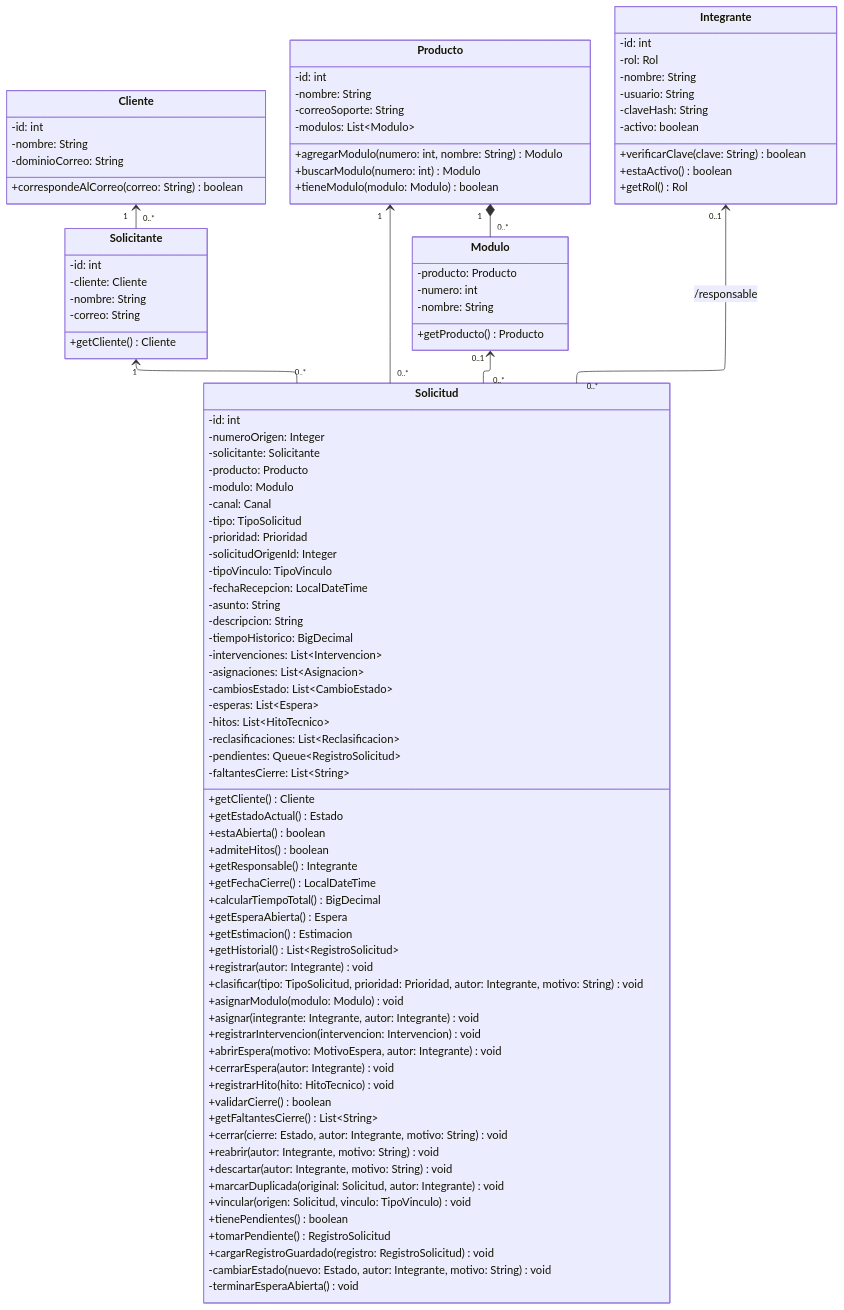
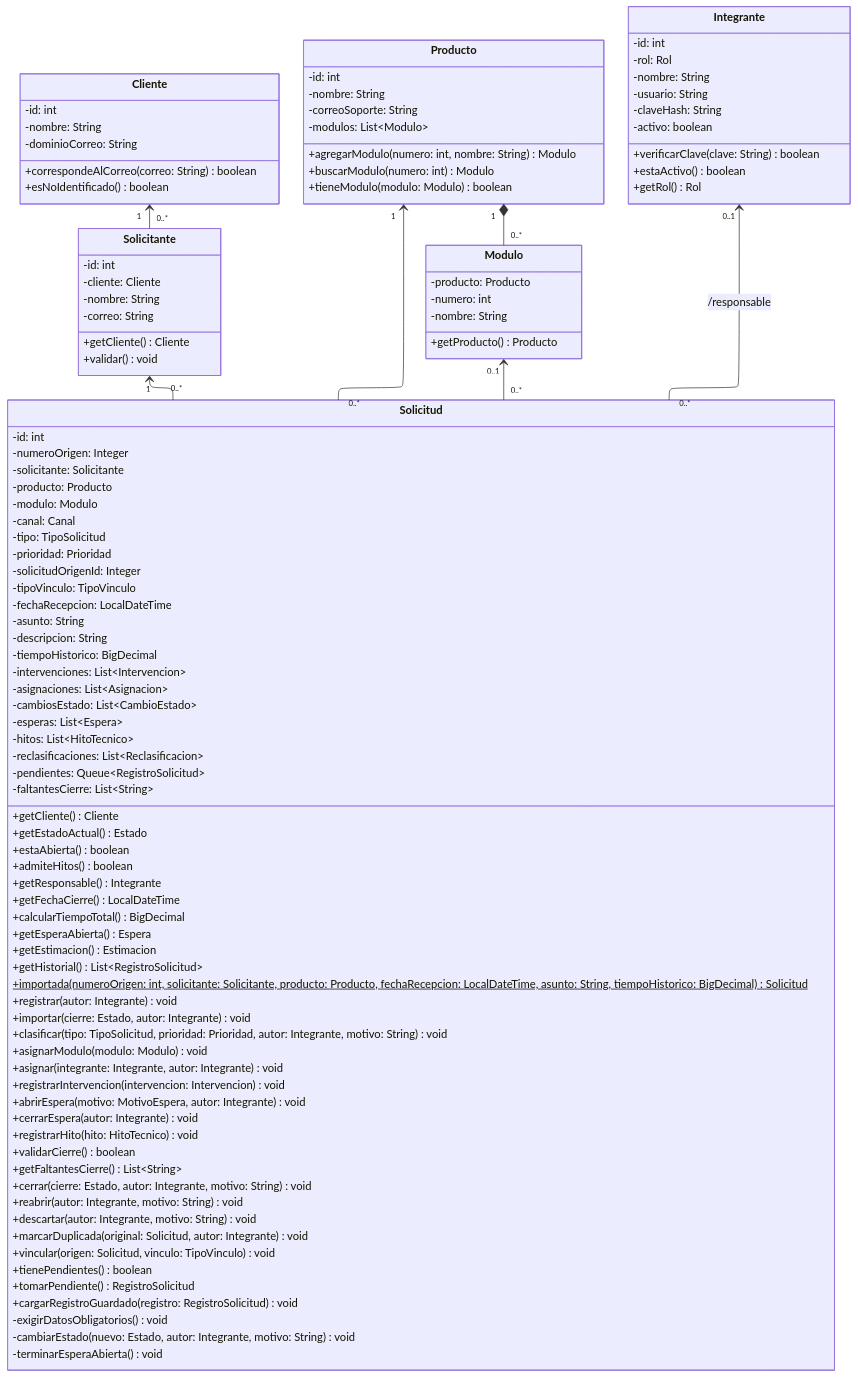
Before and after one commit to jvillegas88/sistema-gestion-soporte: the diagram in diagramas/10-clases-diseno.mmd, drawn with Mermaid. The commit also changed 7 other files, not shown here.

Commit message:
Diagramas actualizados con la importación y la exportación

```diff
--- a/diagramas/10-clases-diseno.mmd
+++ b/diagramas/10-clases-diseno.mmd
@@ -1,110 +1,115 @@
 ---
 config:
   layout: elk
   elk:
     nodePlacementAlignment: LEFTUP
   class:
     padding: 7
   themeCSS: ".nodeLabel, .nodeLabel p, .label foreignObject div { line-height: 1.15 !important; }"
 ---
 classDiagram
     direction TB
     class Cliente {
         -id: int
         -nombre: String
         -dominioCorreo: String
         +correspondeAlCorreo(correo: String) boolean
+        +esNoIdentificado() boolean
     }
     class Solicitante {
         -id: int
         -cliente: Cliente
         -nombre: String
         -correo: String
         +getCliente() Cliente
+        +validar() void
     }
     class Producto {
         -id: int
         -nombre: String
         -correoSoporte: String
         -modulos: List~Modulo~
         +agregarModulo(numero: int, nombre: String) Modulo
         +buscarModulo(numero: int) Modulo
         +tieneModulo(modulo: Modulo) boolean
     }
     class Modulo {
         -producto: Producto
         -numero: int
         -nombre: String
         +getProducto() Producto
     }
     class Integrante {
         -id: int
         -rol: Rol
         -nombre: String
         -usuario: String
         -claveHash: String
         -activo: boolean
         +verificarClave(clave: String) boolean
         +estaActivo() boolean
         +getRol() Rol
     }
     class Solicitud {
         -id: int
         -numeroOrigen: Integer
         -solicitante: Solicitante
         -producto: Producto
         -modulo: Modulo
         -canal: Canal
         -tipo: TipoSolicitud
         -prioridad: Prioridad
         -solicitudOrigenId: Integer
         -tipoVinculo: TipoVinculo
         -fechaRecepcion: LocalDateTime
         -asunto: String
         -descripcion: String
         -tiempoHistorico: BigDecimal
         -intervenciones: List~Intervencion~
         -asignaciones: List~Asignacion~
         -cambiosEstado: List~CambioEstado~
         -esperas: List~Espera~
         -hitos: List~HitoTecnico~
         -reclasificaciones: List~Reclasificacion~
         -pendientes: Queue~RegistroSolicitud~
         -faltantesCierre: List~String~
         +getCliente() Cliente
         +getEstadoActual() Estado
         +estaAbierta() boolean
         +admiteHitos() boolean
         +getResponsable() Integrante
         +getFechaCierre() LocalDateTime
         +calcularTiempoTotal() BigDecimal
         +getEsperaAbierta() Espera
         +getEstimacion() Estimacion
         +getHistorial() List~RegistroSolicitud~
+        +importada(numeroOrigen: int, solicitante: Solicitante, producto: Producto, fechaRecepcion: LocalDateTime, asunto: String, tiempoHistorico: BigDecimal)$ Solicitud
         +registrar(autor: Integrante) void
+        +importar(cierre: Estado, autor: Integrante) void
         +clasificar(tipo: TipoSolicitud, prioridad: Prioridad, autor: Integrante, motivo: String) void
         +asignarModulo(modulo: Modulo) void
         +asignar(integrante: Integrante, autor: Integrante) void
         +registrarIntervencion(intervencion: Intervencion) void
         +abrirEspera(motivo: MotivoEspera, autor: Integrante) void
         +cerrarEspera(autor: Integrante) void
         +registrarHito(hito: HitoTecnico) void
         +validarCierre() boolean
         +getFaltantesCierre() List~String~
         +cerrar(cierre: Estado, autor: Integrante, motivo: String) void
         +reabrir(autor: Integrante, motivo: String) void
         +descartar(autor: Integrante, motivo: String) void
         +marcarDuplicada(original: Solicitud, autor: Integrante) void
         +vincular(origen: Solicitud, vinculo: TipoVinculo) void
         +tienePendientes() boolean
         +tomarPendiente() RegistroSolicitud
         +cargarRegistroGuardado(registro: RegistroSolicitud) void
+        -exigirDatosObligatorios() void
         -cambiarEstado(nuevo: Estado, autor: Integrante, motivo: String) void
         -terminarEsperaAbierta() void
     }
     Cliente "1" <-- "0..*" Solicitante
     Producto "1" *-- "0..*" Modulo
     Solicitante "1" <-- "0..*" Solicitud
     Producto "1" <-- "0..*" Solicitud
     Modulo "0..1" <-- "0..*" Solicitud
     Integrante "0..1" <-- "0..*" Solicitud : /responsable
```
